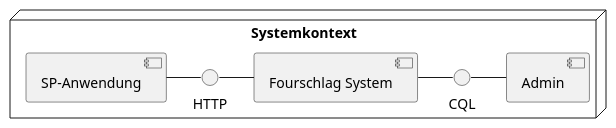
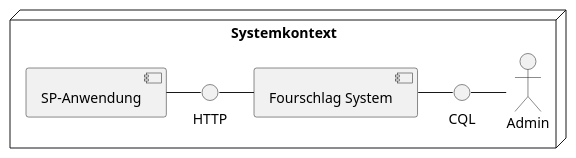
The diagram in diagrams/component/component_diagram-layer0.puml (wagnst/forecast-cassandra), drawn with PlantUML before and after one commit.

Commit message:
component_diagramm-layer0.puml Actor hinzugefügt

```diff
--- a/diagrams/component/component_diagram-layer0.puml
+++ b/diagrams/component/component_diagram-layer0.puml
@@ -1,14 +1,17 @@
 @startuml
 
 node "Systemkontext" {
- CQL - [Admin]
-HTTP - [Fourschlag System]
-[Fourschlag System] - CQL
-[SP-Anwendung] - HTTP
 
+    [Fourschlag System]
+    [SP-Anwendung]
+    actor Admin
+    interface CQL
+    interface HTTP
 }
 
-
-
+CQL - [Admin]
+    HTTP - [Fourschlag System]
+    [Fourschlag System] - CQL
+    [SP-Anwendung] - HTTP
 
 @enduml
```
